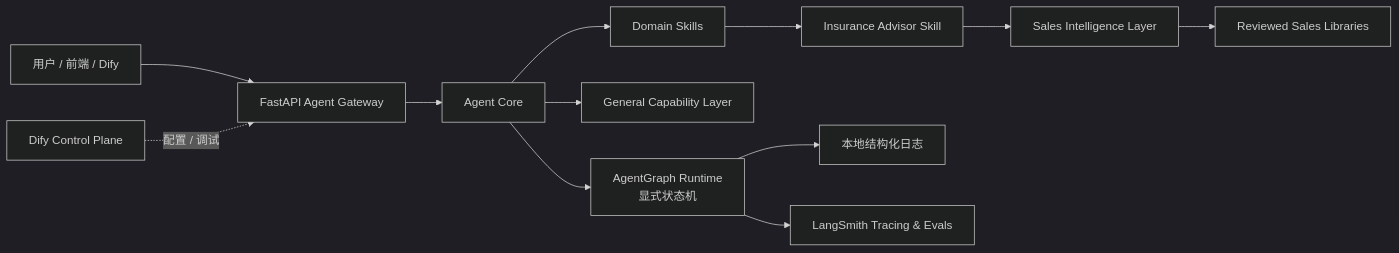
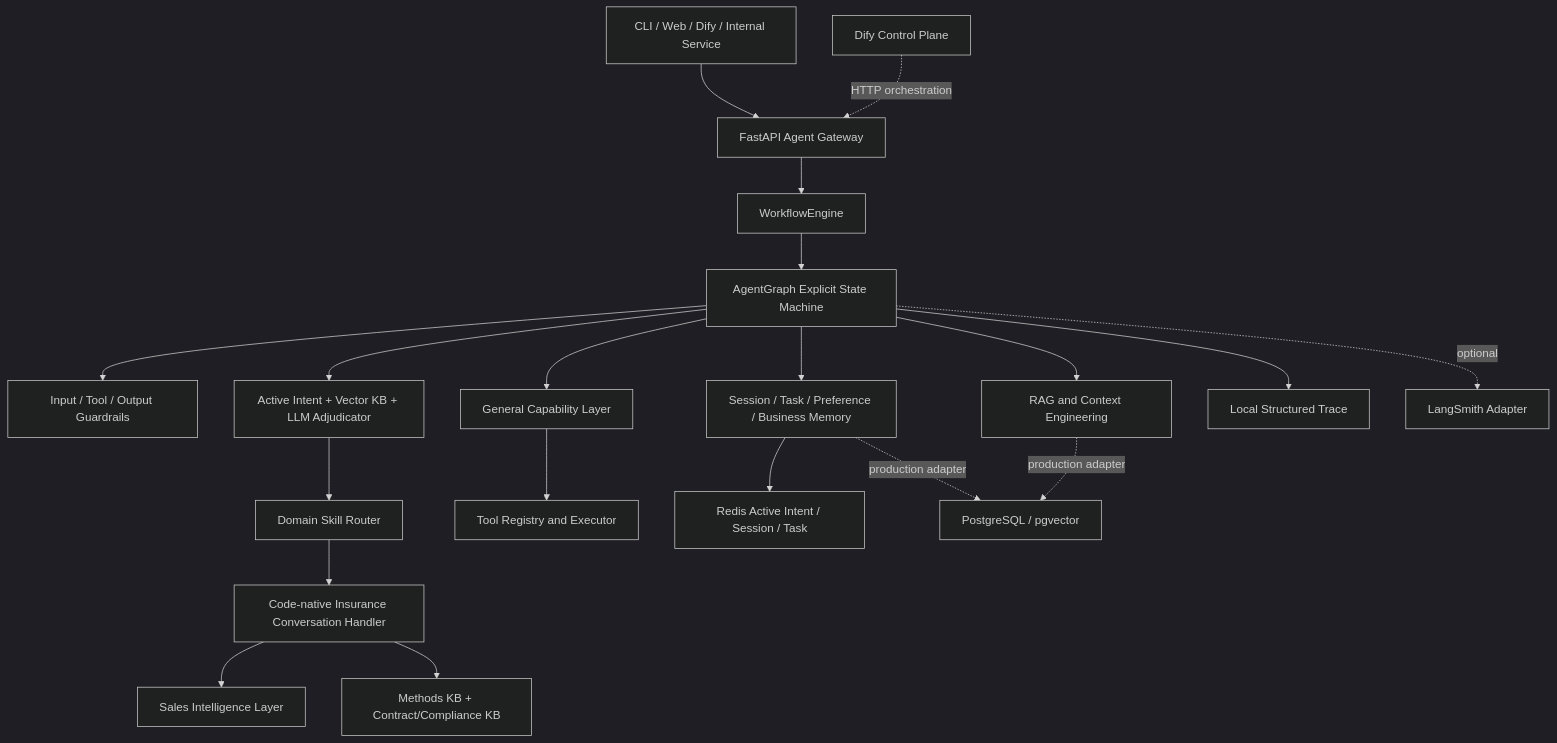
Before and after one commit to yinghanpeng/ins_advisor_agent: the first of 2 diagrams in README.md, drawn with Mermaid (dark theme). The commit also changed other lines of this file and 191 other files, not shown here.

Commit message:
feat:完善流程，意图识别增加embedding前置，槽位填充，集成langsmith

````diff
--- a/README.md
+++ b/README.md
@@ -50,14 +77,25 @@
 ```mermaid
-flowchart LR
-    User["用户 / 前端 / Dify"] --> Gateway["FastAPI Agent Gateway"]
-    Gateway --> Core["Agent Core"]
-    Core --> Graph["AgentGraph Runtime<br/>显式状态机"]
-    Core --> Tools["General Capability Layer"]
-    Core --> Skills["Domain Skills"]
-    Skills --> Insurance["Insurance Advisor Skill"]
-    Insurance --> SalesIntel["Sales Intelligence Layer"]
-    SalesIntel --> Libraries["Reviewed Sales Libraries"]
-    Graph --> Logs["本地结构化日志"]
-    Graph --> Smith["LangSmith Tracing & Evals"]
-    Dify["Dify Control Plane"] -. 配置 / 调试 .-> Gateway
+flowchart TD
+    Client["CLI / Web / Dify / Internal Service"] --> Gateway["FastAPI Agent Gateway"]
+    Gateway --> Engine["WorkflowEngine"]
+    Engine --> Graph["AgentGraph Explicit State Machine"]
+
+    Graph --> Guardrails["Input / Tool / Output Guardrails"]
+    Graph --> General["General Capability Layer"]
+    Graph --> Intent["Active Intent + Vector KB + LLM Adjudicator"]
+    Intent --> Skills["Domain Skill Router"]
+    Graph --> Memory["Session / Task / Preference / Business Memory"]
+    Graph --> Rag["RAG and Context Engineering"]
+
+    General --> Tools["Tool Registry and Executor"]
+    Skills --> Insurance["Code-native Insurance Conversation Handler"]
+    Insurance --> Sales["Sales Intelligence Layer"]
+    Insurance --> DualKB["Methods KB + Contract/Compliance KB"]
+    Memory --> Redis["Redis Active Intent / Session / Task"]
+
+    Graph --> Trace["Local Structured Trace"]
+    Graph -. optional .-> LangSmith["LangSmith Adapter"]
+    Memory -. production adapter .-> Postgres["PostgreSQL / pgvector"]
+    Rag -. production adapter .-> Postgres
+    Dify["Dify Control Plane"] -. HTTP orchestration .-> Gateway
 ```
````
